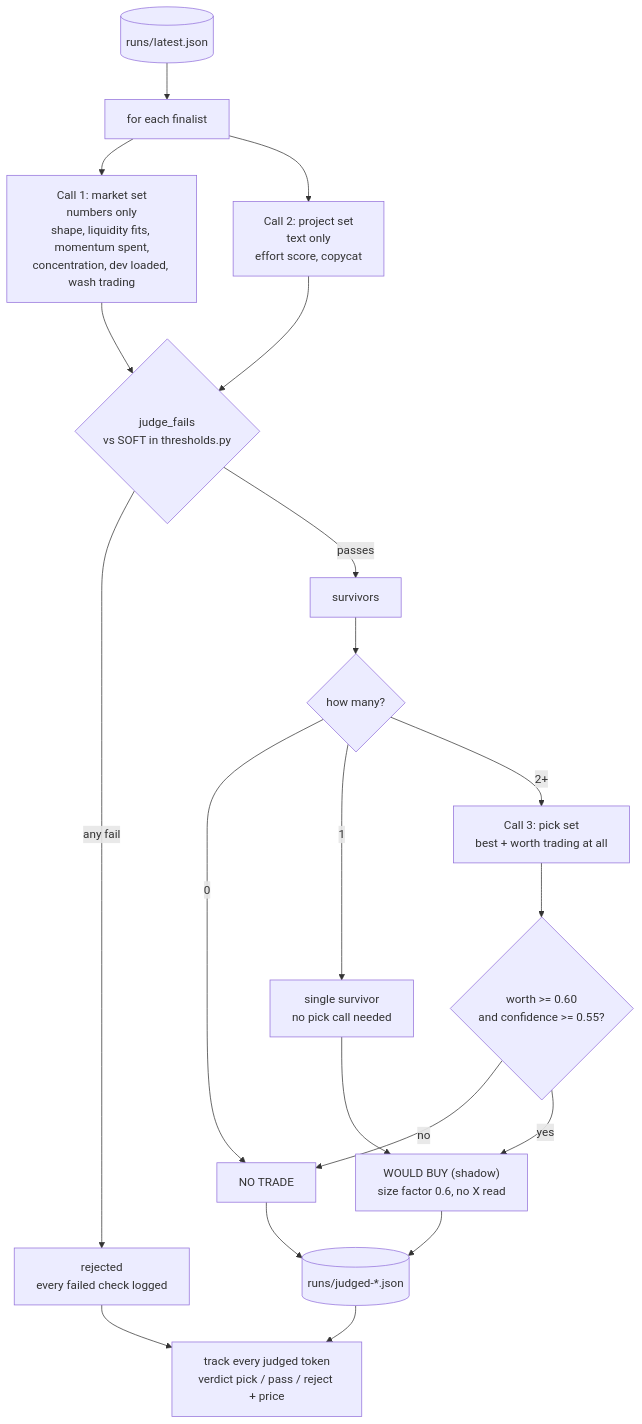
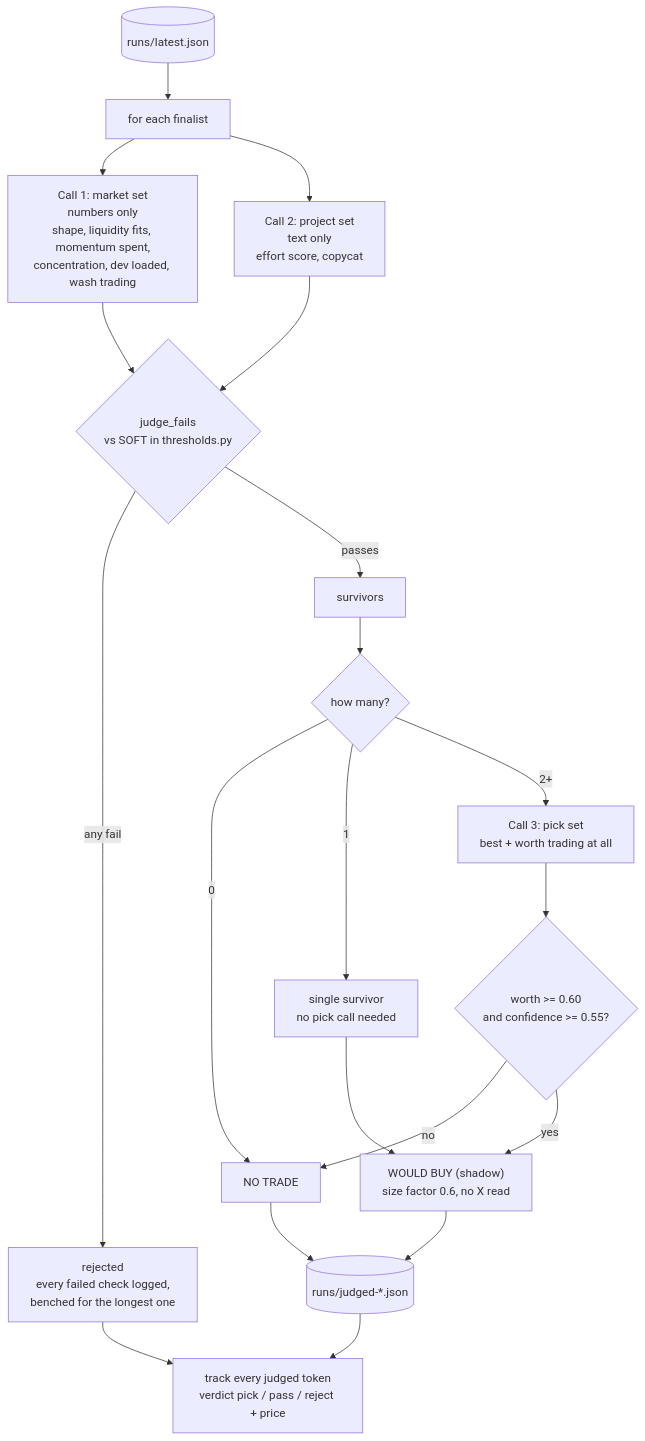
One commit to NickHammer/jev-desk changed the fourth of 8 diagrams in ARCHITECTURE.md. Above: the diagram before and after it, drawn with Mermaid. The commit also changed other lines of this file and 10 other files, not shown here.

````diff
--- a/ARCHITECTURE.md
+++ b/ARCHITECTURE.md
@@ -72,22 +99,22 @@
 ```mermaid
 flowchart TD
     L[("runs/latest.json")] --> T["for each finalist"]
     T --> M["Call 1: market set<br/>numbers only<br/>shape, liquidity fits, momentum spent,<br/>concentration, dev loaded, wash trading"]
     T --> P["Call 2: project set<br/>text only<br/>effort score, copycat"]
     M --> K{"judge_fails<br/>vs SOFT in thresholds.py"}
     P --> K
-    K -- "any fail" --> X["rejected<br/>every failed check logged"]
+    K -- "any fail" --> X["rejected<br/>every failed check logged,<br/>benched for the longest one"]
     K -- passes --> S["survivors"]
     S --> N{"how many?"}
     N -- 0 --> NT["NO TRADE"]
     N -- 1 --> ONE["single survivor<br/>no pick call needed"]
     N -- "2+" --> PK["Call 3: pick set<br/>best + worth trading at all"]
     PK --> G{"worth >= 0.60<br/>and confidence >= 0.55?"}
     G -- no --> NT
     G -- yes --> WB["WOULD BUY (shadow)<br/>size factor 0.6, no X read"]
     ONE --> WB
     WB --> OUT[("runs/judged-*.json")]
     NT --> OUT
     OUT --> TR["track every judged token<br/>verdict pick / pass / reject + price"]
     X --> TR
 ```
````
